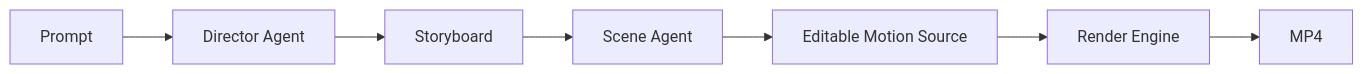
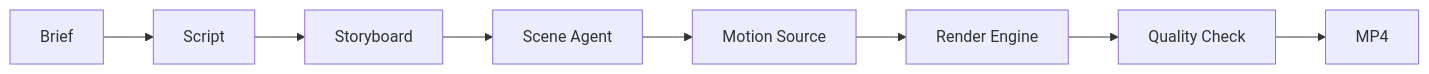
One commit to code2mp4/code2mp4 changed the first of 2 diagrams in README.md. Above: the diagram before and after it, drawn with Mermaid. The commit also changed other lines of this file and 7 other files, not shown here.

````diff
--- a/README.md
+++ b/README.md
@@ -7,9 +9,10 @@
 ```mermaid
 flowchart LR
-    A[Prompt] --> B[Director Agent]
+    A[Brief] --> B[Script]
     B --> C[Storyboard]
     C --> D[Scene Agent]
-    D --> E[Editable Motion Source]
+    D --> E[Motion Source]
     E --> F[Render Engine]
-    F --> G[MP4]
+    F --> G[Quality Check]
+    G --> H[MP4]
 ```
````
